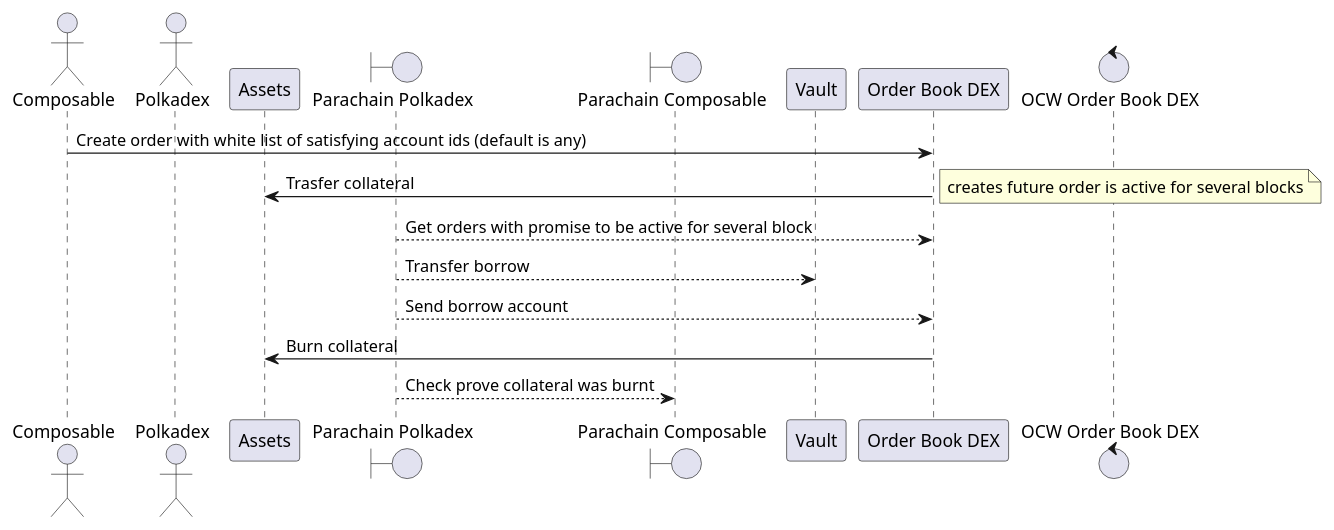
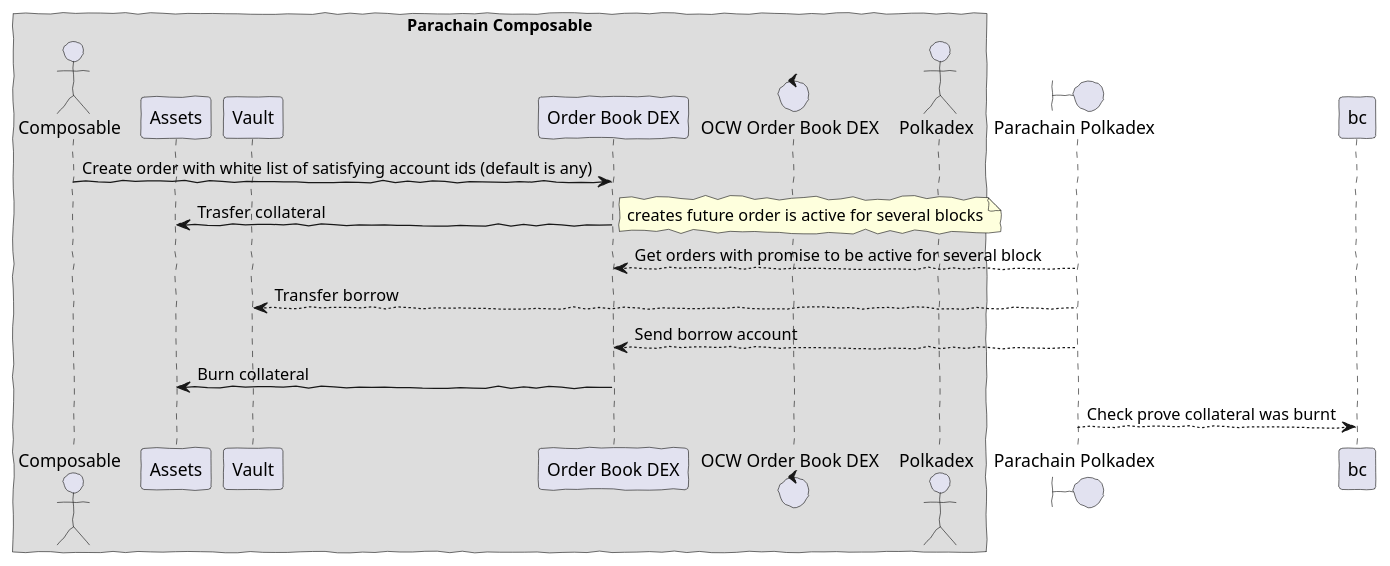
The diagram in frame/order-book-dex/dex.plantuml (ComposableFi/composable), drawn with PlantUML before and after one commit.

Commit message:
some nice colors

```diff
--- a/frame/order-book-dex/dex.plantuml
+++ b/frame/order-book-dex/dex.plantuml
@@ -1,27 +1,31 @@
 @startuml
+skinparam handwritten true
 
 
+box "Parachain Composable"
 actor Composable as ac
-actor Polkadex as ap
 participant "Assets" as pa
-boundary "Parachain Polkadex" as bp
-boundary "Parachain Composable" as bc
 participant "Vault" as pv
 participant "Order Book DEX" as pd
 control "OCW Order Book DEX" as cd
+actor Polkadex as ap
+end box
+
+boundary "Parachain Polkadex" as bp
+
 
 ac -> pd : Create order with white list of satisfying account ids (default is any)
 pd -> pa : Trasfer collateral
 note right
   creates future order is active for several blocks
 end note
 
 
 {block_start} bp --> pd: Get orders with promise to be active for several block
 bp --> pv: Transfer borrow
 bp --> pd : Send borrow account
 {block_end}  pd -> pa : Burn collateral
 bp --> bc : Check prove collateral was burnt
-{block_start} <-> {block_end} : 3 blocks, or what next?
+
 
 @enduml
```
